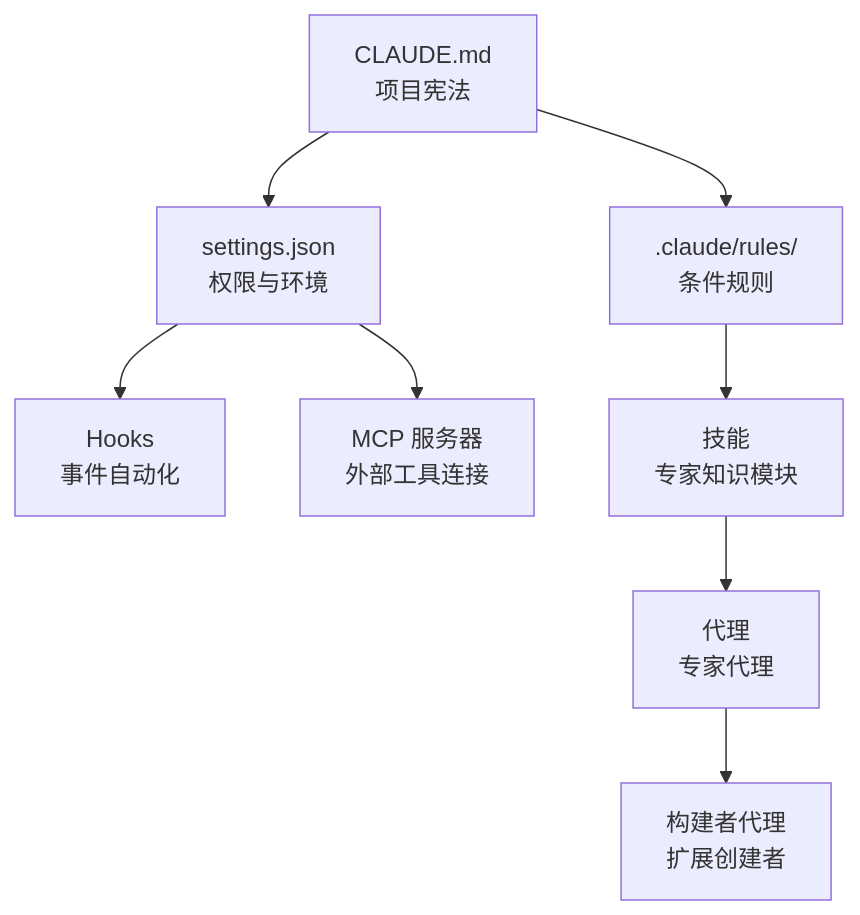
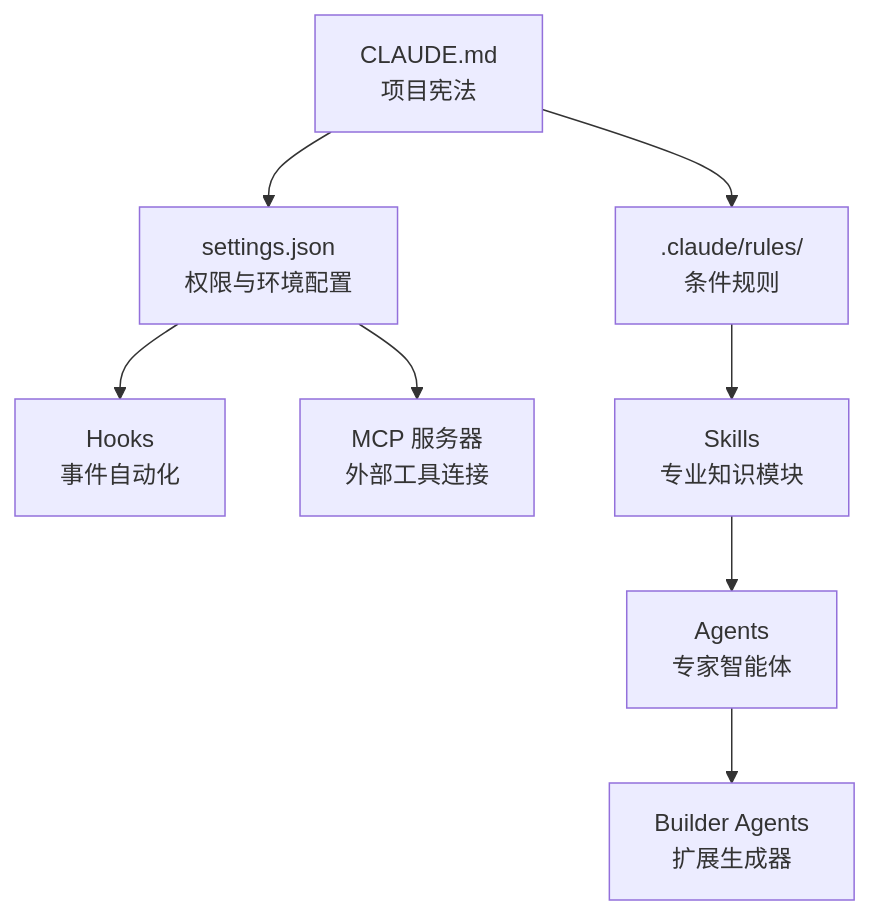
One commit to modu-ai/moai-adk changed the diagram in docs-site/content/zh/advanced/_index.md. Above: the diagram before and after it, drawn with Mermaid. The commit also changed other lines of this file and 395 other files, not shown here.

````diff
--- a/docs-site/content/zh/advanced/_index.md
+++ b/docs-site/content/zh/advanced/_index.md
@@ -17,13 +17,14 @@
 ```mermaid
 flowchart TD
-    CLAUDE["CLAUDE.md<br/>项目宪法"] --> SETTINGS["settings.json<br/>权限与环境"]
-    CLAUDE --> RULES[".claude/rules/<br/>条件规则"]
+    CLAUDE["CLAUDE.md<br>项目宪法"] --> SETTINGS["settings.json<br>权限与环境配置"]
+    CLAUDE --> RULES[".claude/rules/<br>条件规则"]
 
-    SETTINGS --> HOOKS["Hooks<br/>事件自动化"]
-    SETTINGS --> MCP["MCP 服务器<br/>外部工具连接"]
+    SETTINGS --> HOOKS["Hooks<br>事件自动化"]
+    SETTINGS --> MCP["MCP 服务器<br>外部工具连接"]
 
-    RULES --> SKILLS["技能<br/>专家知识模块"]
-    SKILLS --> AGENTS["代理<br/>专家代理"]
+    RULES --> SKILLS["Skills<br>专业知识模块"]
+    SKILLS --> AGENTS["Agents<br>专家智能体"]
 
-    AGENTS --> BUILDERS["构建者代理<br/>扩展创建者"]
+    AGENTS --> BUILDERS["Builder Agents<br>扩展生成器"]
+
 ```
````
